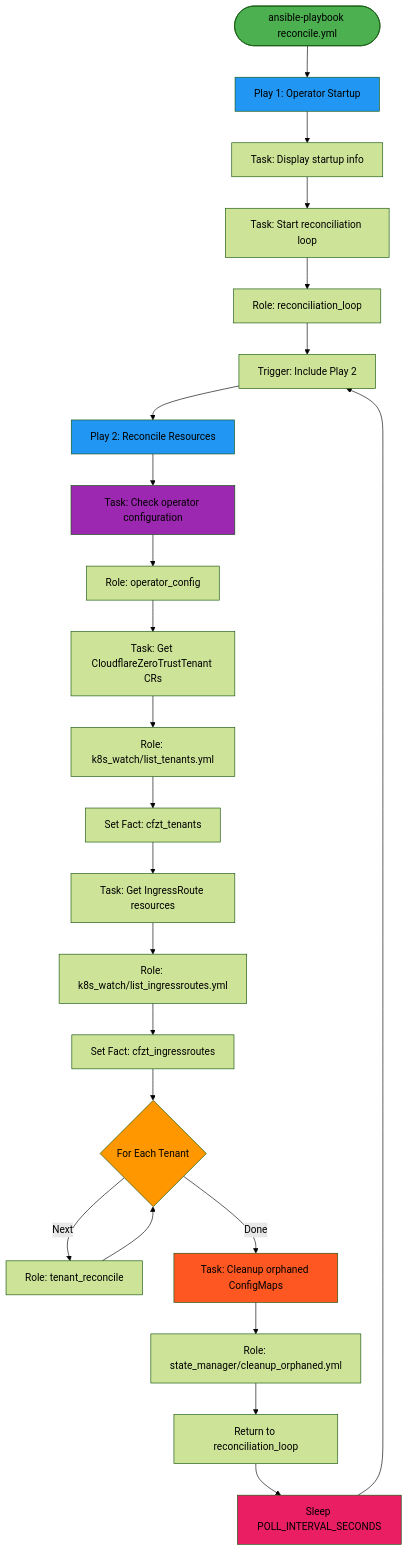
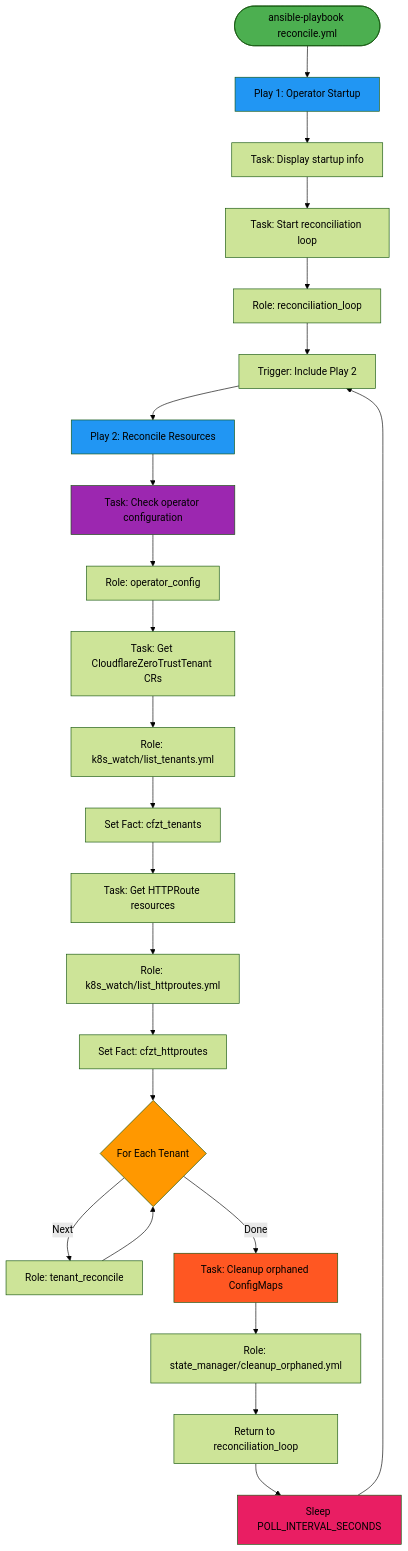
One commit to wheetazlab/cloudflare-zero-trust-operator changed the third of 20 diagrams in docs/flow.md. Above: the diagram before and after it, drawn with Mermaid (forest theme). The commit also changed other lines of this file and 24 other files, not shown here.

````diff
--- a/docs/flow.md
+++ b/docs/flow.md
@@ -369,45 +369,45 @@
 ```mermaid
 flowchart TD
     START([ansible-playbook reconcile.yml]) --> PLAY1[Play 1: Operator Startup]
     
     PLAY1 --> TASK1[Task: Display startup info]
     TASK1 --> TASK2[Task: Start reconciliation loop]
     
     TASK2 --> LOOP_ROLE[Role: reconciliation_loop]
     
     LOOP_ROLE --> TRIGGER[Trigger: Include Play 2]
     
     TRIGGER --> PLAY2[Play 2: Reconcile Resources]
     
     PLAY2 --> OP_CONFIG[Task: Check operator configuration]
     OP_CONFIG --> ROLE_OP_CONFIG[Role: operator_config]
     ROLE_OP_CONFIG --> K8S_TENANTS[Task: Get CloudflareZeroTrustTenant CRs]
     
     K8S_TENANTS --> ROLE_K8S_T[Role: k8s_watch/list_tenants.yml]
     ROLE_K8S_T --> SET_TENANTS[Set Fact: cfzt_tenants]
     
-    SET_TENANTS --> K8S_IR[Task: Get IngressRoute resources]
-    K8S_IR --> ROLE_K8S_IR[Role: k8s_watch/list_ingressroutes.yml]
-    ROLE_K8S_IR --> SET_IR[Set Fact: cfzt_ingressroutes]
+    SET_TENANTS --> K8S_IR[Task: Get HTTPRoute resources]
+    K8S_IR --> ROLE_K8S_IR[Role: k8s_watch/list_httproutes.yml]
+    ROLE_K8S_IR --> SET_IR[Set Fact: cfzt_httproutes]
     
     SET_IR --> TENANT_LOOP{For Each Tenant}
     
     TENANT_LOOP -->|Next| ROLE_RECON[Role: tenant_reconcile]
     TENANT_LOOP -->|Done| CLEANUP[Task: Cleanup orphaned ConfigMaps]
     
     ROLE_RECON --> TENANT_LOOP
     
     CLEANUP --> ROLE_CLEANUP[Role: state_manager/cleanup_orphaned.yml]
     ROLE_CLEANUP --> RETURN[Return to reconciliation_loop]
     
     RETURN --> SLEEP[Sleep POLL_INTERVAL_SECONDS]
     SLEEP --> TRIGGER
     
     style START fill:#4CAF50
     style PLAY1 fill:#2196F3
     style PLAY2 fill:#2196F3
     style OP_CONFIG fill:#9C27B0
     style TENANT_LOOP fill:#FF9800
     style CLEANUP fill:#FF5722
     style SLEEP fill:#E91E63
 ```
````
